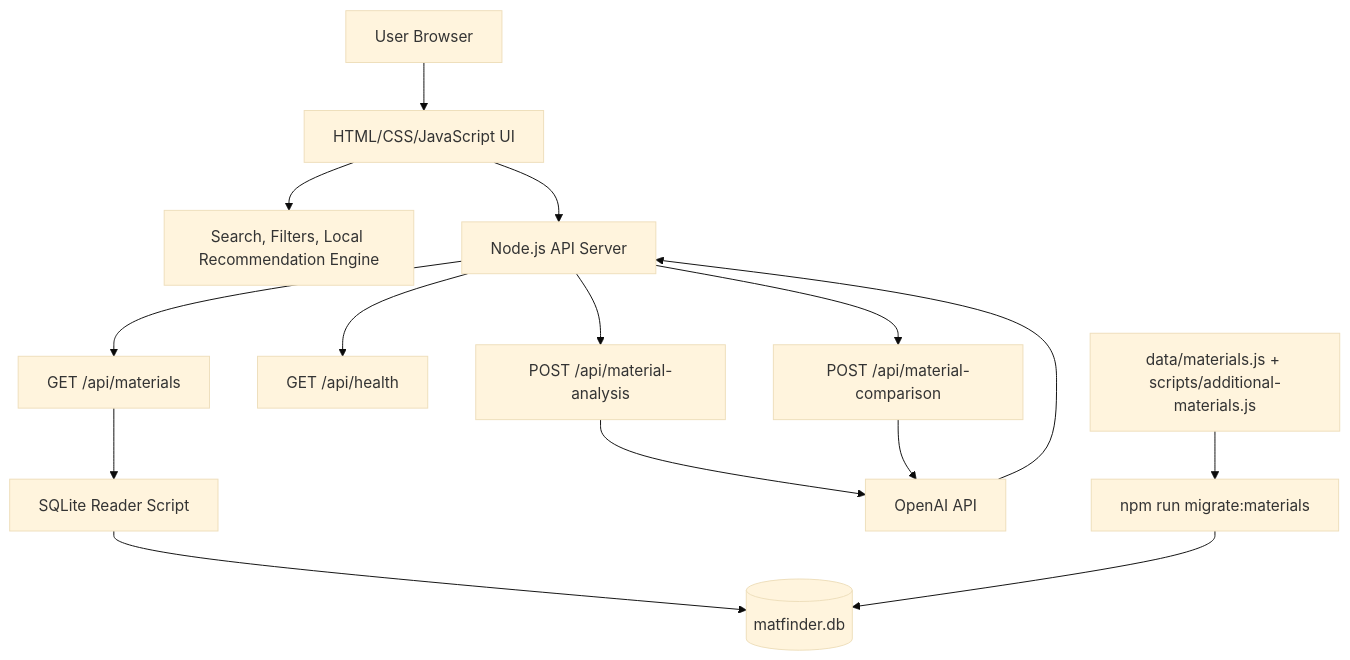
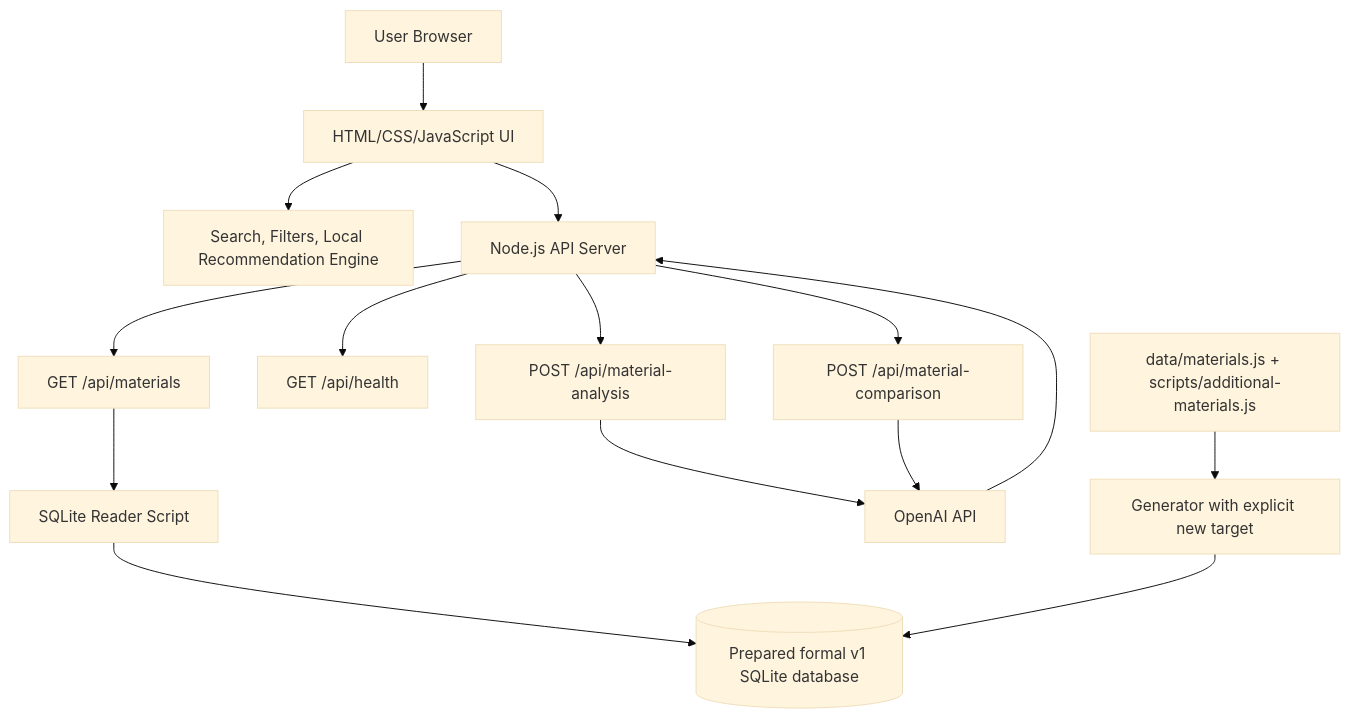
One commit to wangzihe0326/MatFinder-AI changed the diagram in README.md. Above: the diagram before and after it, drawn with Mermaid (base theme). The commit also changed other lines of this file and 36 other files, not shown here.

First line of the commit message:
fix: enforce versioned database schema lifecycle (#11)

````diff
--- a/README.md
+++ b/README.md
@@ -44,21 +44,21 @@
 ```mermaid
 flowchart TD
   User["User Browser"] --> UI["HTML/CSS/JavaScript UI"]
   UI --> Search["Search, Filters, Local Recommendation Engine"]
   UI --> API["Node.js API Server"]
 
   API --> Materials["GET /api/materials"]
   API --> Health["GET /api/health"]
   API --> Analysis["POST /api/material-analysis"]
   API --> Comparison["POST /api/material-comparison"]
 
   Materials --> Reader["SQLite Reader Script"]
-  Reader --> DB[("matfinder.db")]
+  Reader --> DB[("Prepared formal v1 SQLite database")]
 
   Analysis --> OpenAI["OpenAI API"]
   Comparison --> OpenAI
   OpenAI --> API
 
-  SourceData["data/materials.js + scripts/additional-materials.js"] --> Migration["npm run migrate:materials"]
+  SourceData["data/materials.js + scripts/additional-materials.js"] --> Migration["Generator with explicit new target"]
   Migration --> DB
 ```
````
